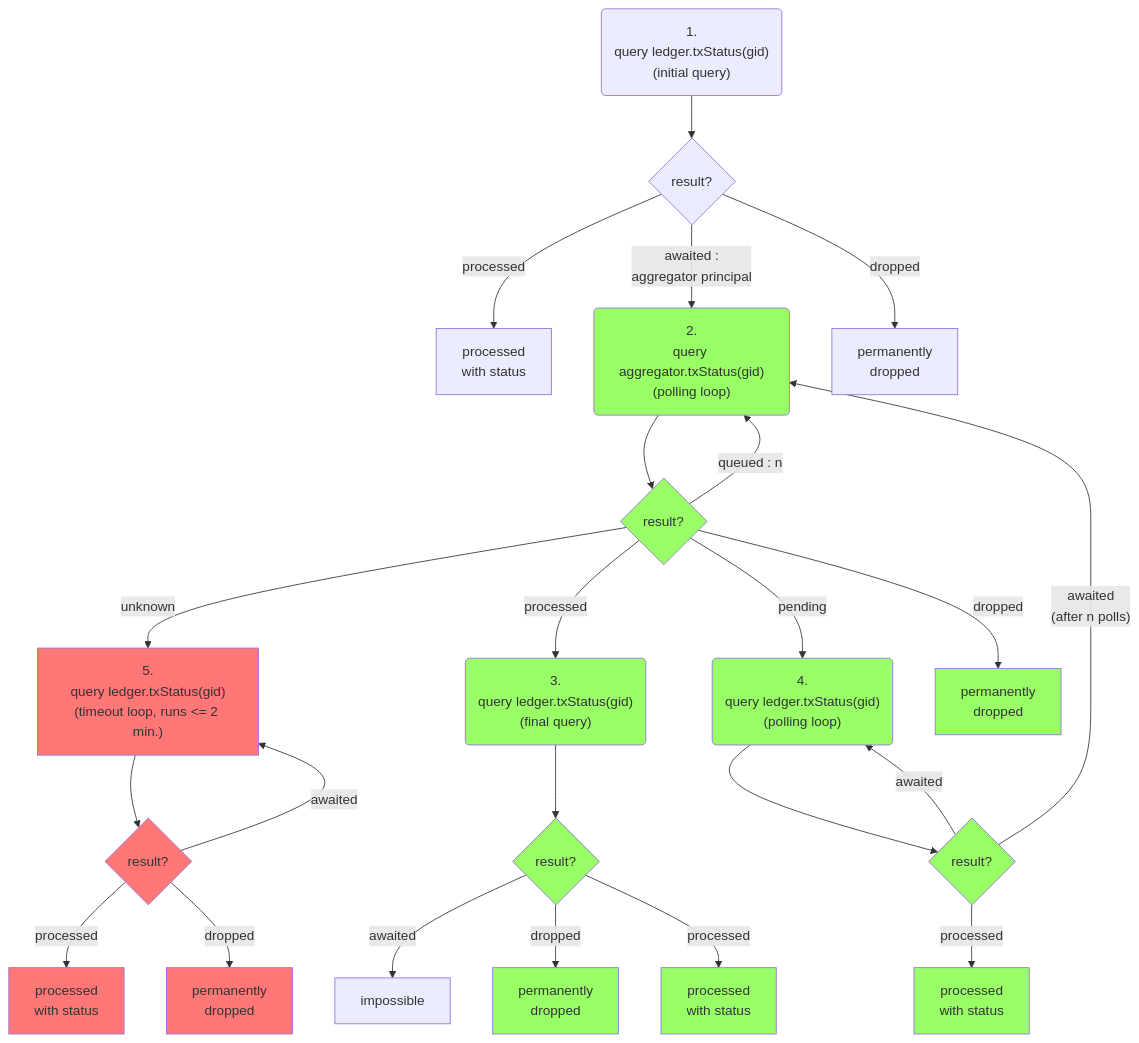
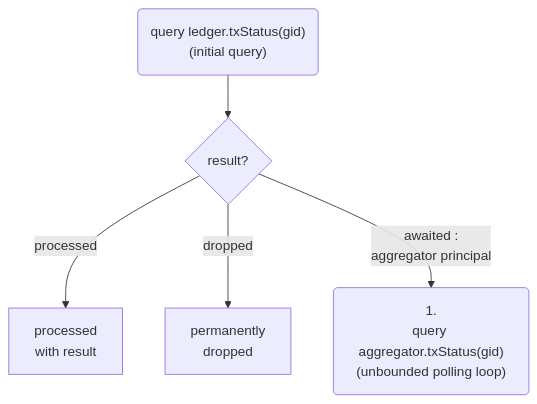
Before and after one commit to research-ag/hpl-io: the sixth of 6 diagrams in README.md, drawn with Mermaid. The commit also changed other lines of this file, not shown here.

Commit message:
Update README: split up client flow diagram in 3 protocols

````diff
--- a/README.md
+++ b/README.md
@@ -344,40 +333,7 @@
 ```mermaid
 flowchart TD
-    L("1.<br>query ledger.txStatus(gid)<br>(initial query)") --> R1{result?}
-    R1 -->|processed| P1[processed<br>with status]
-    R1 -->|awaited :<br>aggregator principal| A("2.<br>query aggregator.txStatus(gid)<br>(polling loop)")
+    L("query ledger.txStatus(gid)<br>(initial query)") --> R1{result?}
+    R1 -->|processed| P1[processed<br>with result]
     R1 -->|dropped| D1[permanently<br>dropped]
-
-    %% Aggregator %%
-    A --> R2{result?}
-    R2 -->|queued : n| A 
-    R2 -->|unknown| L3["5.<br>query ledger.txStatus(gid)<br>(timeout loop, runs <= 2 min.)"]
-    R2 -->|processed| LF("3.<br>query ledger.txStatus(gid)<br>(final query)")
-    R2 -->|pending| L2("4.<br>query ledger.txStatus(gid)<br>(polling loop)")
-    R2 -->|dropped| D4["permanently<br>dropped"]
-
-    %% Ledger final query %%
-    LF --> R3{result?}
-    R3 -->|awaited| impossible
-    R3 -->|dropped| D2[permanently<br>dropped]
-    R3 -->|processed| P5[processed<br>with status]
-
-    %% Ledger polling loop %%
-    L2 --> R4{result?}
-    R4 --> |processed| P3[processed<br>with status]
-    R4 -->|awaited| L2
-    R4 -->|"awaited<br>(after n polls)"| A
-
-    %% Ledger timeout loop %%
-    L3 --> R5{result?}
-    R5 -->|awaited| L3
-    R5 --> |processed| P4[processed<br>with status]
-    R5 -->|dropped| D3["permanently<br>dropped"]
-    
-classDef green fill:#9f6
-classDef orange fill:#f96
-classDef red fill:#f77
-class A,R2,L2,R4,P3,D4 green
-class LF,R3,P2,D2,P5 green
-class L3,R5,D3,P4 red
+    R1 -->|awaited :<br>aggregator principal| A("1.<br>query aggregator.txStatus(gid)<br>(unbounded polling loop)")
 ```
````
